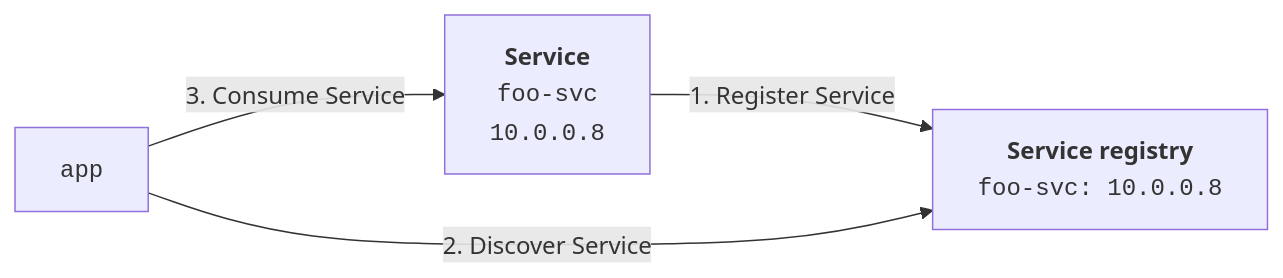
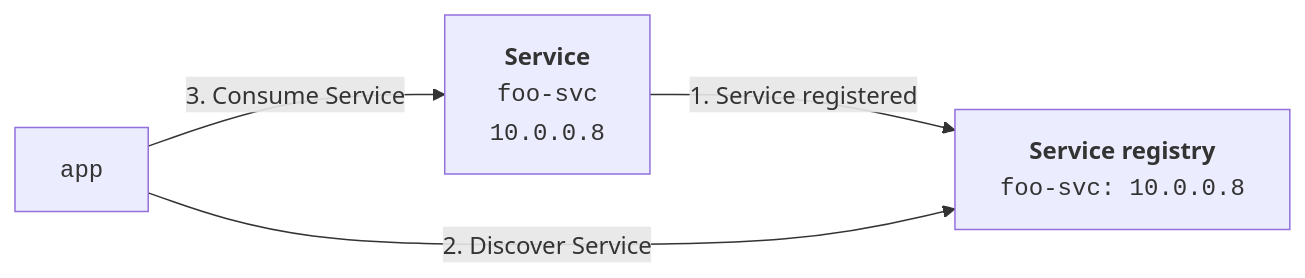
One commit to Braundo/kubernetes-guide changed the first of 3 diagrams in docs/dns.md. Above: the diagram before and after it, drawn with Mermaid. The commit also changed other lines of this file, not shown here.

````diff
--- a/docs/dns.md
+++ b/docs/dns.md
@@ -15,7 +15,7 @@
 ``` mermaid
 flowchart LR
     SVC[<b>Service</b><br><tt>foo-svc<br>10.0.0.8]
-    SVC --> |1. Register Service| REG[<b>Service registry</b><br><tt>foo-svc: 10.0.0.8]
+    SVC --> |1. Service registered| REG[<b>Service registry</b><br><tt>foo-svc: 10.0.0.8]
     CON[<tt>app] --> |2. Discover Service| REG
     CON --> |3. Consume Service| SVC
 ```
````
